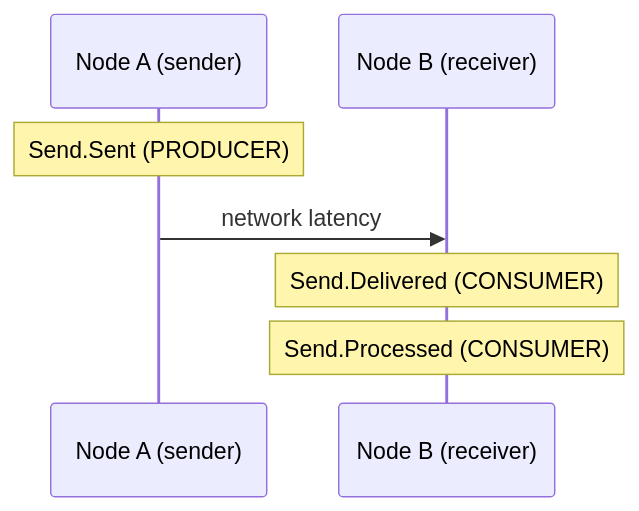
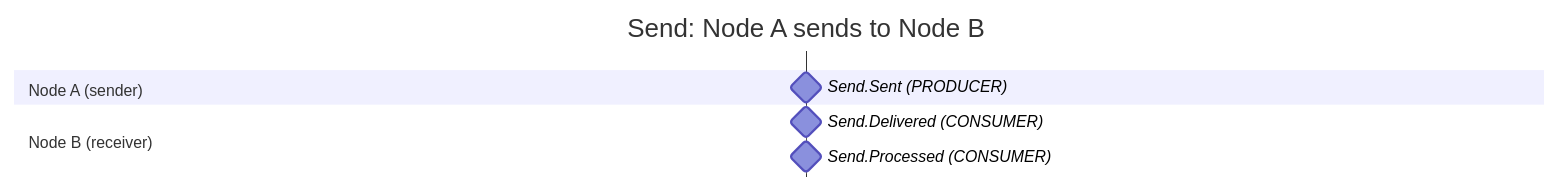
Before and after one commit to ergo-services/ergo: the second of 3 diagrams in docs/extra-library/applications/pulse.md, drawn with Mermaid. The commit also changed other lines of this file, not shown here.

````diff
--- a/docs/extra-library/applications/pulse.md
+++ b/docs/extra-library/applications/pulse.md
@@ -185,10 +189,13 @@
 ```mermaid
-sequenceDiagram
-    participant A as Node A (sender)
-    participant B as Node B (receiver)
+gantt
+    title Send: Node A sends to Node B
+    dateFormat X
+    axisFormat  
 
-    Note over A: Send.Sent (PRODUCER)
-    A->>B: network latency
-    Note over B: Send.Delivered (CONSUMER)
-    Note over B: Send.Processed (CONSUMER)
+    section Node A (sender)
+    Send.Sent (PRODUCER)        :milestone, 0, 0
+
+    section Node B (receiver)
+    Send.Delivered (CONSUMER)   :milestone, 10, 0
+    Send.Processed (CONSUMER)   :milestone, 25, 0
 ```
````
